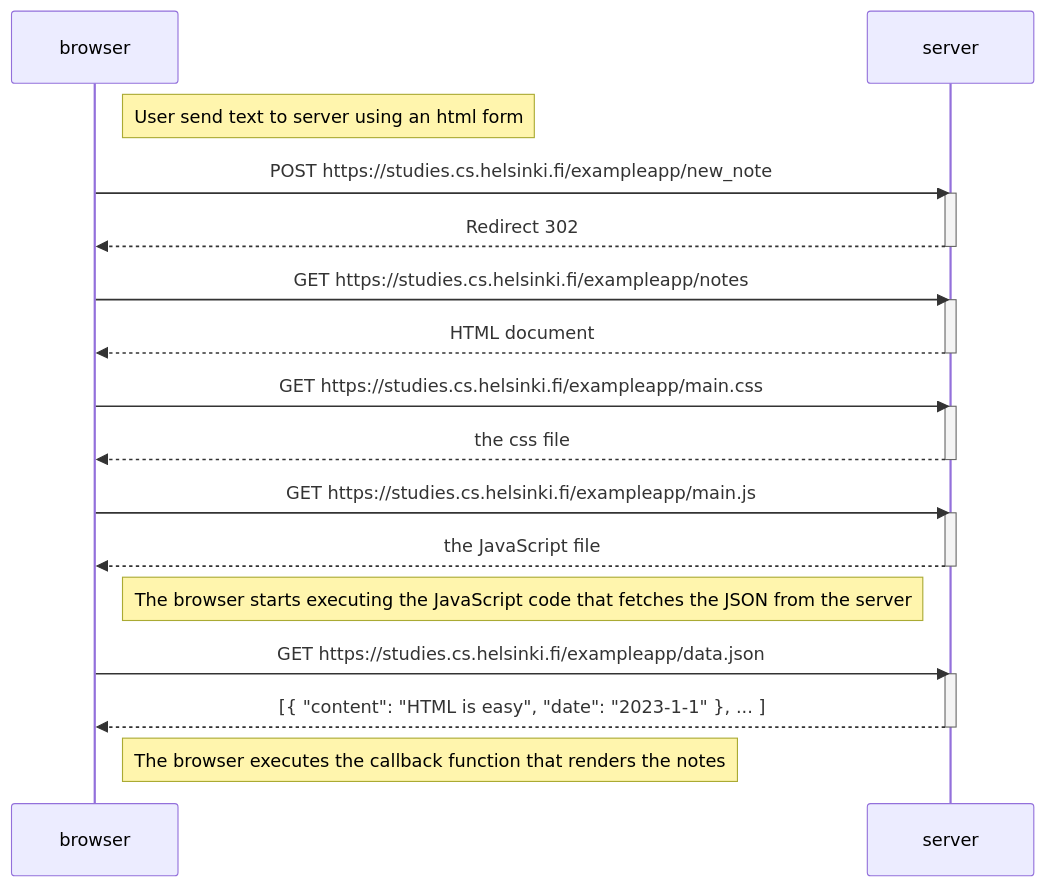
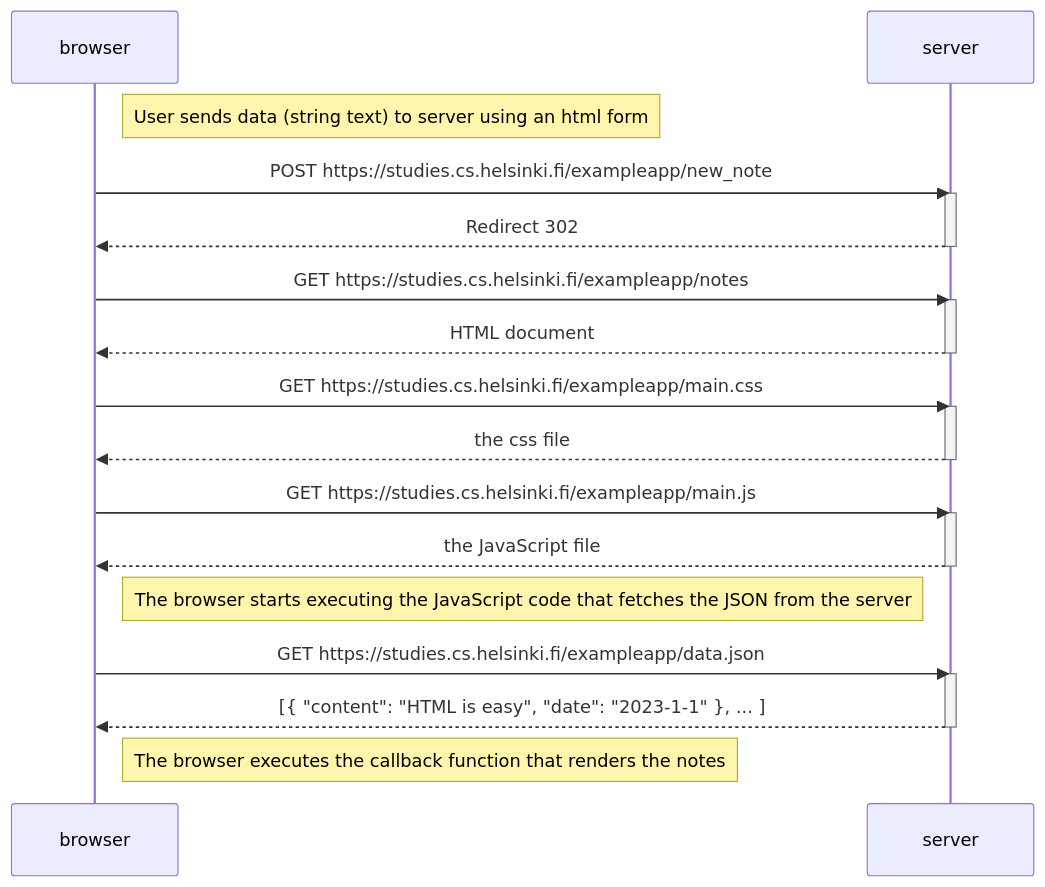
One commit to tbagencia/fullstack-course changed the diagram in part0/diagram-0-4.md. Above: the diagram before and after it, drawn with Mermaid. The commit also changed 1 other file, not shown here.

Commit message:
Part 0: send diagram 0-6 & modify diagram 0-4

````diff
--- a/part0/diagram-0-4.md
+++ b/part0/diagram-0-4.md
@@ -1,37 +1,37 @@
 ```mermaid
 sequenceDiagram
     participant browser
     participant server
 
-    Note right of browser: User send text to server using an html form
+    Note right of browser: User sends data (string text) to server using an html form
 
     browser->>server: POST https://studies.cs.helsinki.fi/exampleapp/new_note
     activate server
     server-->>browser: Redirect 302
     deactivate server
 
     browser->>server: GET https://studies.cs.helsinki.fi/exampleapp/notes
     activate server
     server-->>browser: HTML document
     deactivate server
 
     browser->>server: GET https://studies.cs.helsinki.fi/exampleapp/main.css
     activate server
     server-->>browser: the css file
     deactivate server
 
     browser->>server: GET https://studies.cs.helsinki.fi/exampleapp/main.js
     activate server
     server-->>browser: the JavaScript file
     deactivate server
 
     Note right of browser: The browser starts executing the JavaScript code that fetches the JSON from the server
 
     browser->>server: GET https://studies.cs.helsinki.fi/exampleapp/data.json
     activate server
     server-->>browser: [{ "content": "HTML is easy", "date": "2023-1-1" }, ... ]
     deactivate server
 
     Note right of browser: The browser executes the callback function that renders the notes
   
 ```
````
